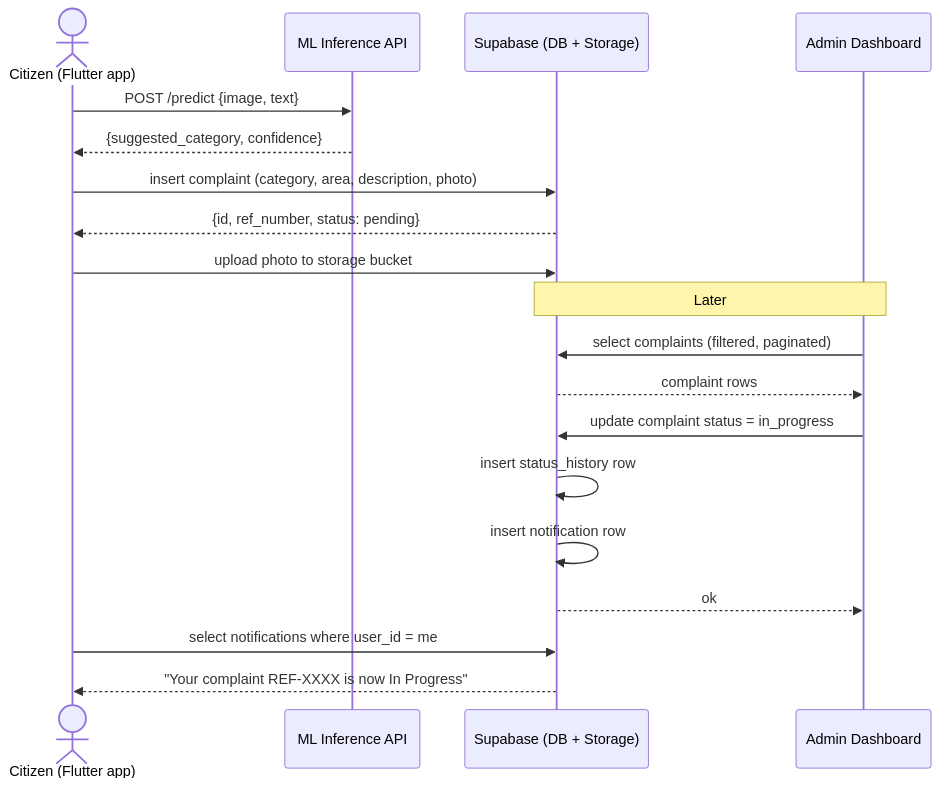
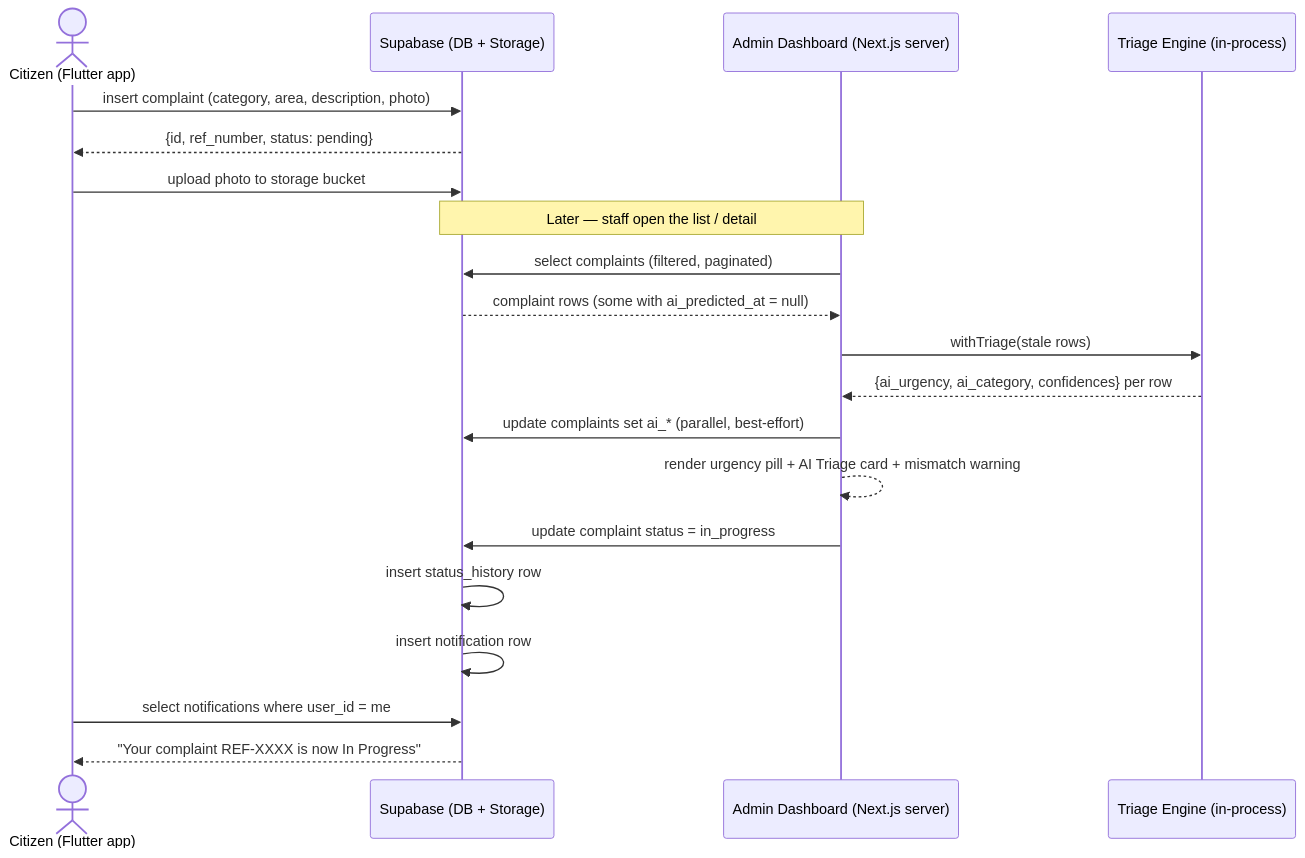
One commit to shehrilink/ShehriLink changed the second of 12 diagrams in docs/ShehriLink-Documentation.md. Above: the diagram before and after it, drawn with Mermaid. The commit also changed other lines of this file and 3 other files, not shown here.

````diff
--- a/docs/ShehriLink-Documentation.md
+++ b/docs/ShehriLink-Documentation.md
@@ -388,22 +432,23 @@
 ```mermaid
 sequenceDiagram
     actor C as Citizen (Flutter app)
-    participant ML as ML Inference API
     participant S as Supabase (DB + Storage)
-    participant A as Admin Dashboard
+    participant A as Admin Dashboard (Next.js server)
+    participant T as Triage Engine (in-process)
 
-    C->>ML: POST /predict {image, text}
-    ML-->>C: {suggested_category, confidence}
     C->>S: insert complaint (category, area, description, photo)
     S-->>C: {id, ref_number, status: pending}
     C->>S: upload photo to storage bucket
-    Note over A,S: Later
+    Note over A,S: Later — staff open the list / detail
     A->>S: select complaints (filtered, paginated)
-    S-->>A: complaint rows
+    S-->>A: complaint rows (some with ai_predicted_at = null)
+    A->>T: withTriage(stale rows)
+    T-->>A: {ai_urgency, ai_category, confidences} per row
+    A->>S: update complaints set ai_* (parallel, best-effort)
+    A-->>A: render urgency pill + AI Triage card + mismatch warning
     A->>S: update complaint status = in_progress
     S->>S: insert status_history row
     S->>S: insert notification row
-    S-->>A: ok
     C->>S: select notifications where user_id = me
     S-->>C: "Your complaint REF-XXXX is now In Progress"
 ```
````
